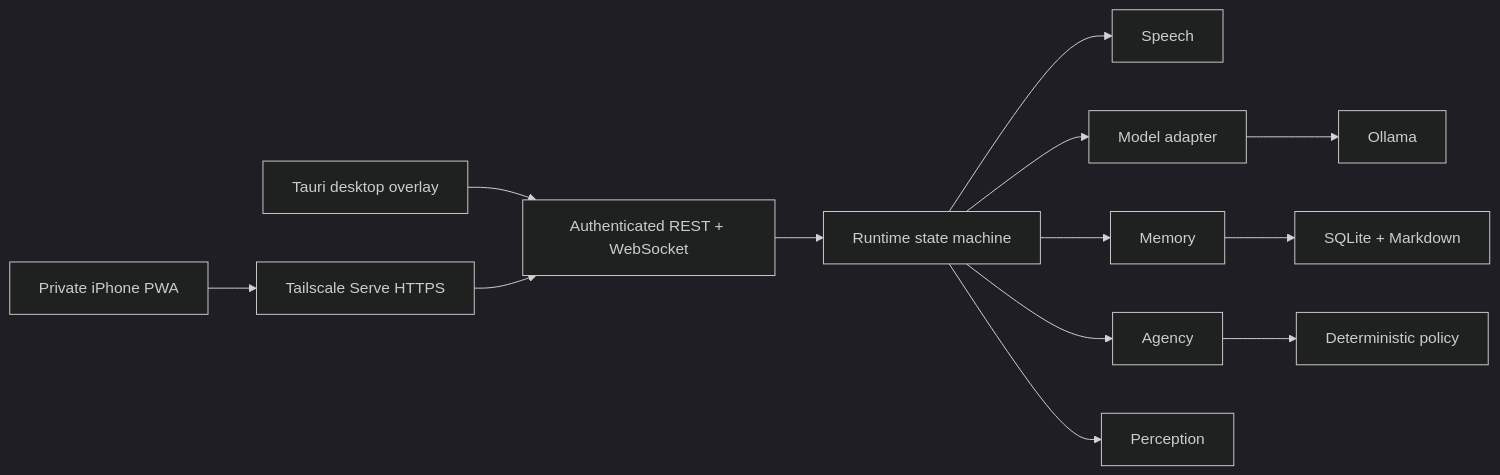
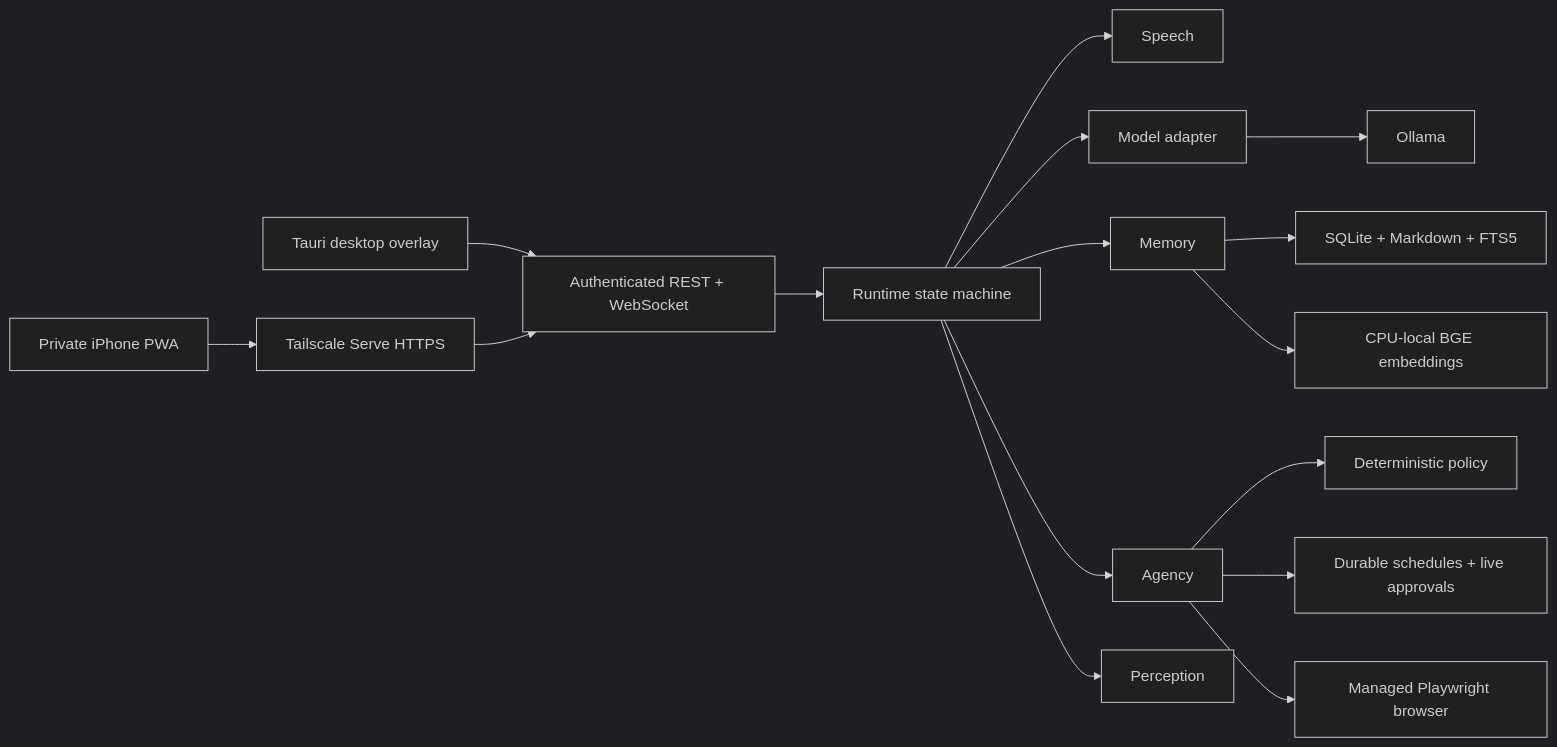
One commit to YuvrajKashyap/jarvis changed the diagram in ARCHITECTURE.md. Above: the diagram before and after it, drawn with Mermaid (dark theme). The commit also changed other lines of this file and 25 other files, not shown here.

Commit message:
add policy-gated browser schedules and semantic memory

````diff
--- a/ARCHITECTURE.md
+++ b/ARCHITECTURE.md
@@ -5,15 +5,18 @@
 ```mermaid
 flowchart LR
   Desktop["Tauri desktop overlay"] --> Protocol["Authenticated REST + WebSocket"]
   Phone["Private iPhone PWA"] --> Tailnet["Tailscale Serve HTTPS"]
   Tailnet --> Protocol
   Protocol --> Runtime["Runtime state machine"]
   Runtime --> Speech["Speech"]
   Runtime --> Intelligence["Model adapter"]
   Runtime --> Memory["Memory"]
   Runtime --> Agency["Agency"]
   Runtime --> Perception["Perception"]
   Agency --> Policy["Deterministic policy"]
+  Agency --> Scheduler["Durable schedules + live approvals"]
+  Agency --> Browser["Managed Playwright browser"]
   Intelligence --> Ollama["Ollama"]
-  Memory --> SQLite["SQLite + Markdown"]
+  Memory --> SQLite["SQLite + Markdown + FTS5"]
+  Memory --> Embeddings["CPU-local BGE embeddings"]
 ```
````
